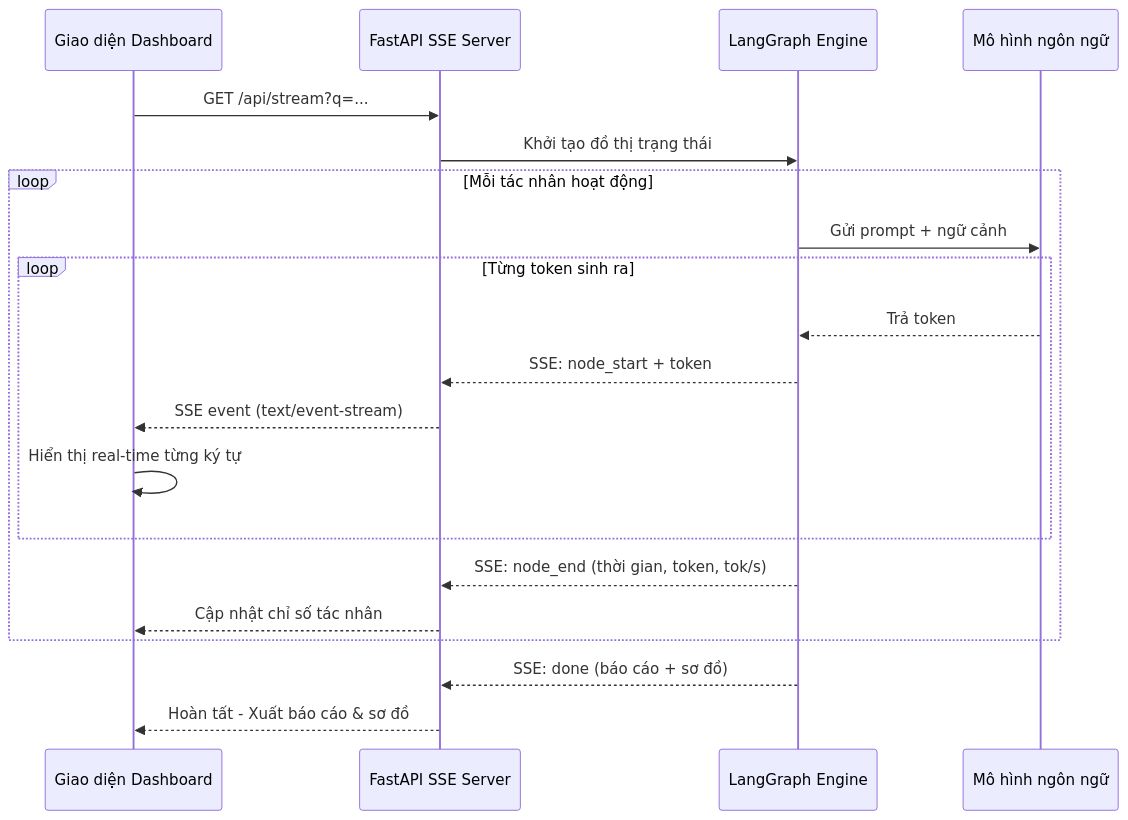
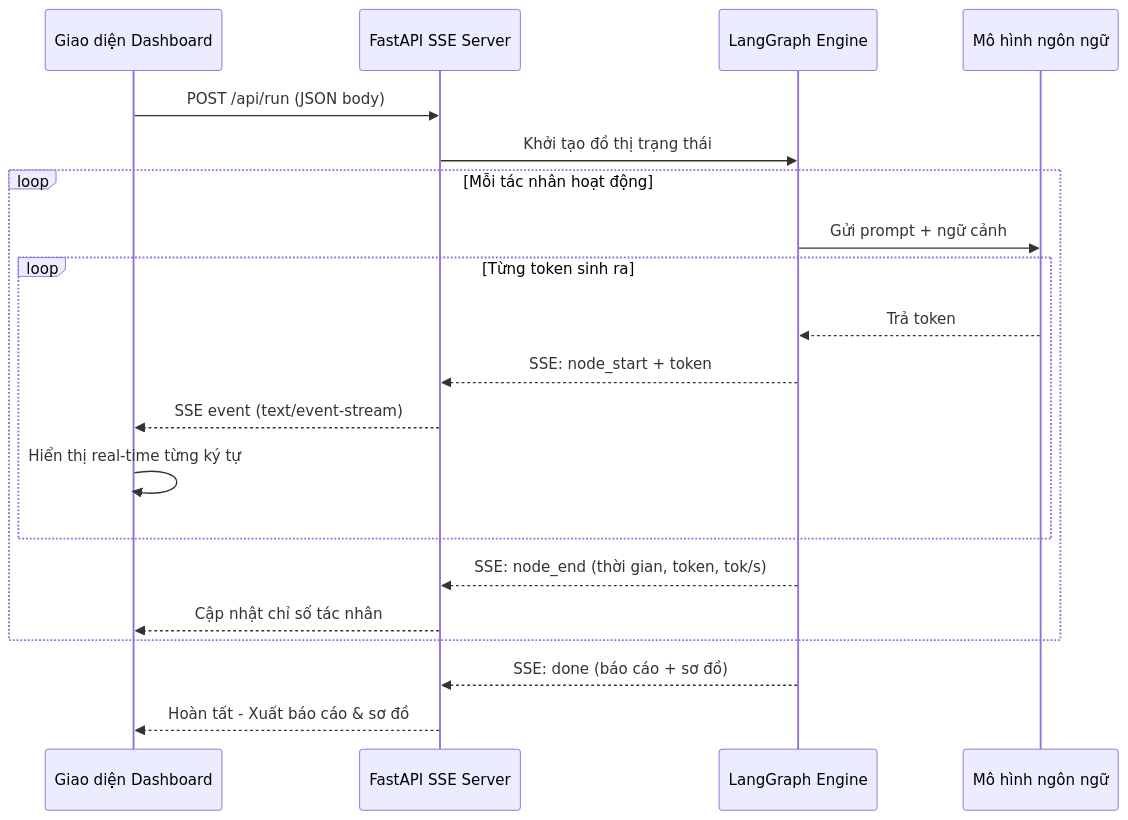
Before and after one commit to ntd25022006q/fpt-multi-agent-system: the third of 4 diagrams in README.md, drawn with Mermaid. The commit also changed other lines of this file and 17 other files, not shown here.

````diff
--- a/README.md
+++ b/README.md
@@ -104,23 +99,23 @@
 ```mermaid
 sequenceDiagram
     participant Client as Giao diện Dashboard
     participant Server as FastAPI SSE Server
     participant Graph as LangGraph Engine
     participant LLM as Mô hình ngôn ngữ
 
-    Client->>Server: GET /api/stream?q=...
+    Client->>Server: POST /api/run (JSON body)
     Server->>Graph: Khởi tạo đồ thị trạng thái
     loop Mỗi tác nhân hoạt động
         Graph->>LLM: Gửi prompt + ngữ cảnh
         loop Từng token sinh ra
             LLM-->>Graph: Trả token
             Graph-->>Server: SSE: node_start + token
             Server-->>Client: SSE event (text/event-stream)
             Client->>Client: Hiển thị real-time từng ký tự
         end
         Graph-->>Server: SSE: node_end (thời gian, token, tok/s)
         Server-->>Client: Cập nhật chỉ số tác nhân
     end
     Graph-->>Server: SSE: done (báo cáo + sơ đồ)
     Server-->>Client: Hoàn tất - Xuất báo cáo & sơ đồ
 ```
````
